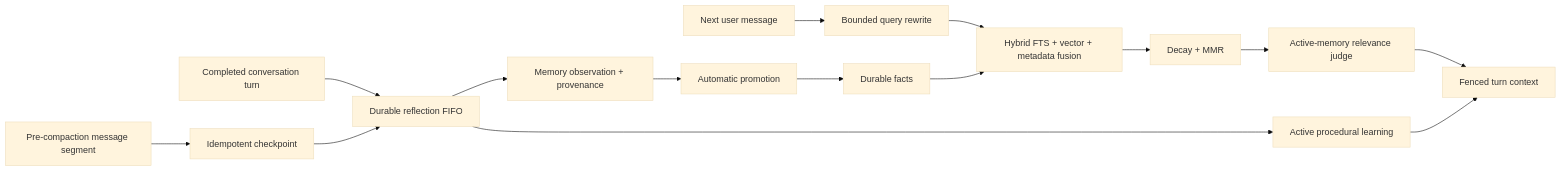
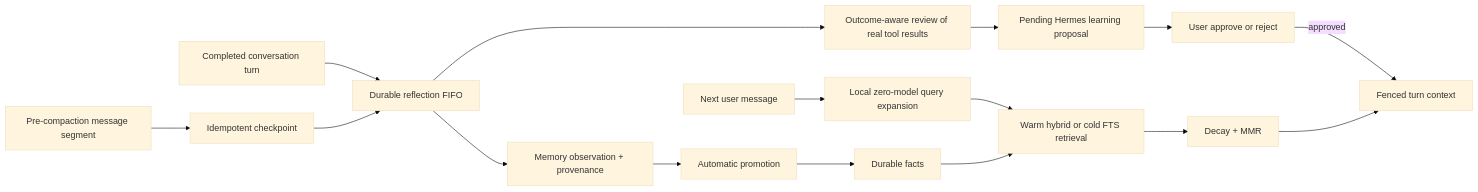
Before and after one commit to akyourowngames/friday: the diagram in docs/ares-memory-v3.md, drawn with Mermaid (base theme). The commit also changed other lines of this file and 27 other files, not shown here.

First line of the commit message:
feat: enhance agent, memory, reflection, and tool systems

````diff
--- a/docs/ares-memory-v3.md
+++ b/docs/ares-memory-v3.md
@@ -9,17 +9,18 @@
 ```mermaid
 flowchart LR
     T["Completed conversation turn"] --> R["Durable reflection FIFO"]
     C["Pre-compaction message segment"] --> K["Idempotent checkpoint"]
     K --> R
     R --> O["Memory observation + provenance"]
     O --> P["Automatic promotion"]
     P --> M["Durable facts"]
-    R --> L["Active procedural learning"]
-    Q["Next user message"] --> W["Bounded query rewrite"]
-    W --> H["Hybrid FTS + vector + metadata fusion"]
+    R --> V["Outcome-aware review of real tool results"]
+    V --> L["Pending Hermes learning proposal"]
+    L --> A["User approve or reject"]
+    A -->|approved| X
+    Q["Next user message"] --> W["Local zero-model query expansion"]
+    W --> H["Warm hybrid or cold FTS retrieval"]
     H --> D["Decay + MMR"]
-    D --> J["Active-memory relevance judge"]
-    J --> X["Fenced turn context"]
-    L --> X
+    D --> X["Fenced turn context"]
     M --> H
 ```
````
